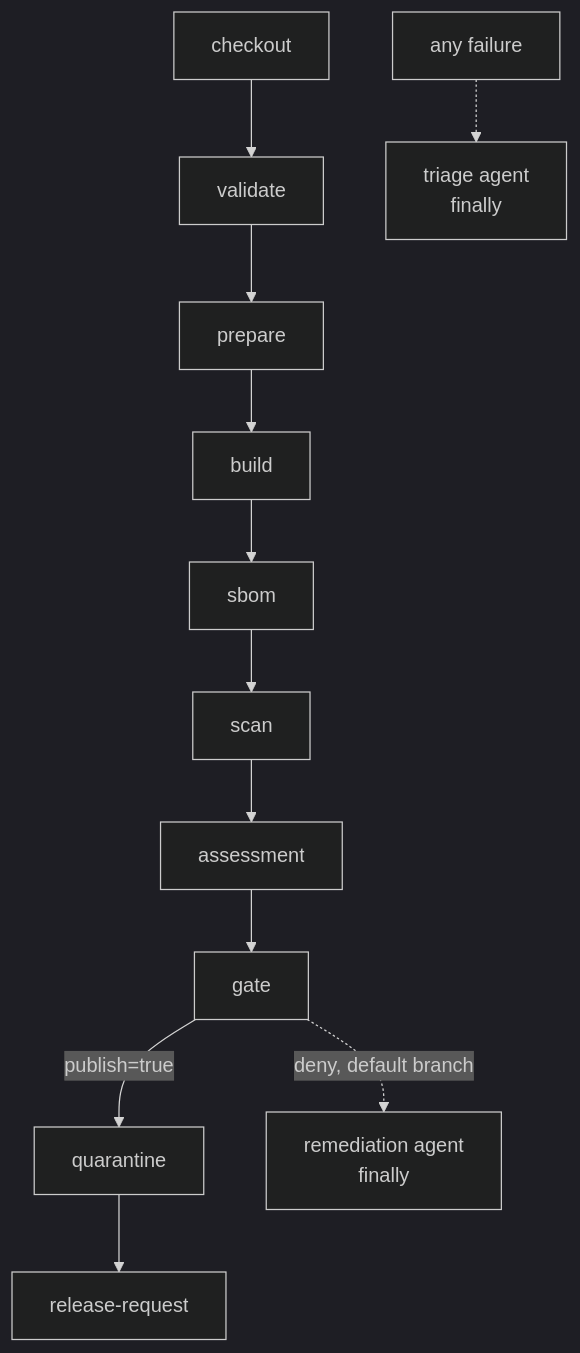
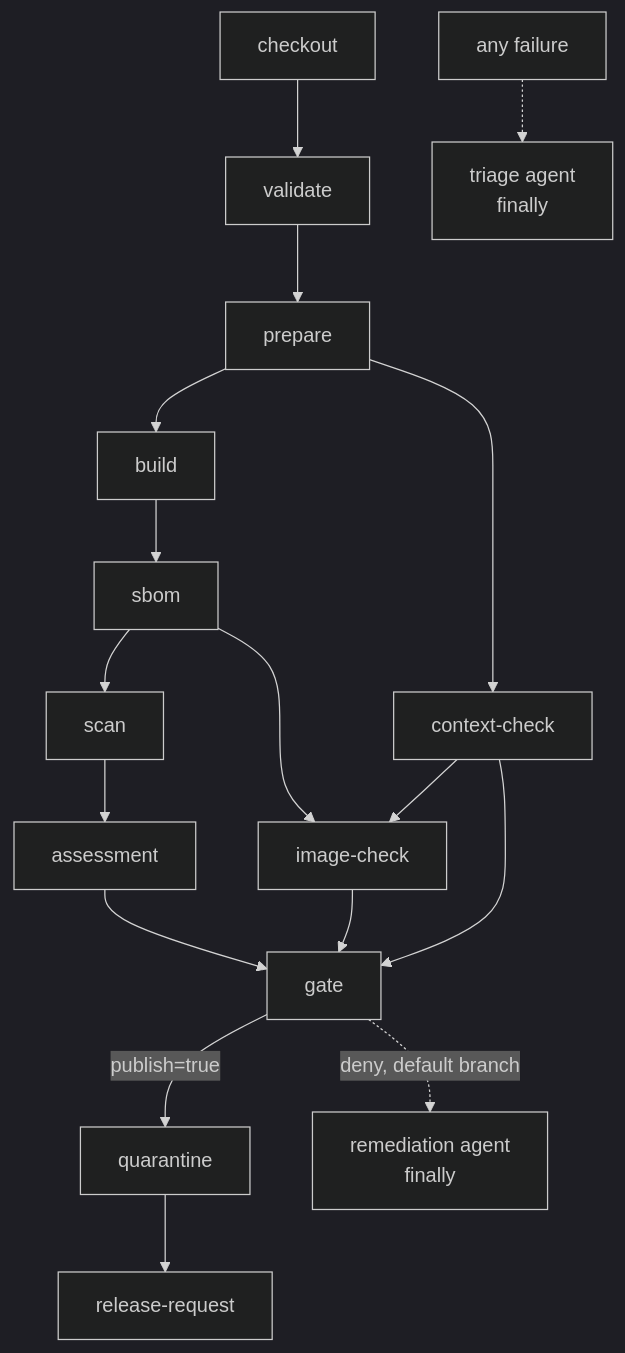
Before and after one commit to shamuraix/image-hardening-factory-starter: the first of 4 diagrams in docs/architecture.md, drawn with Mermaid (dark theme). The commit also changed other lines of this file and 62 other files, not shown here.

````diff
--- a/docs/architecture.md
+++ b/docs/architecture.md
@@ -63,9 +63,14 @@
 ```mermaid
 flowchart TD
     checkout --> validate --> prepare --> build
+    prepare --> context-check
     build --> sbom --> scan --> assessment
+    sbom --> image-check
+    context-check --> image-check
     assessment --> gate
+    context-check --> gate
+    image-check --> gate
     gate -->|publish=true| quarantine --> release-request
     gate -. deny, default branch .-> remediation[remediation agent<br/>finally]
     any[any failure] -.-> triage[triage agent<br/>finally]
 ```
````
